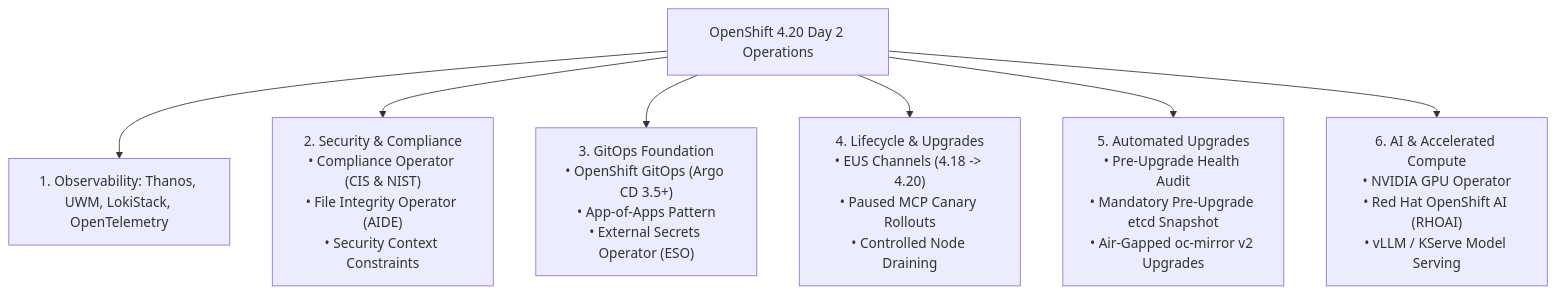
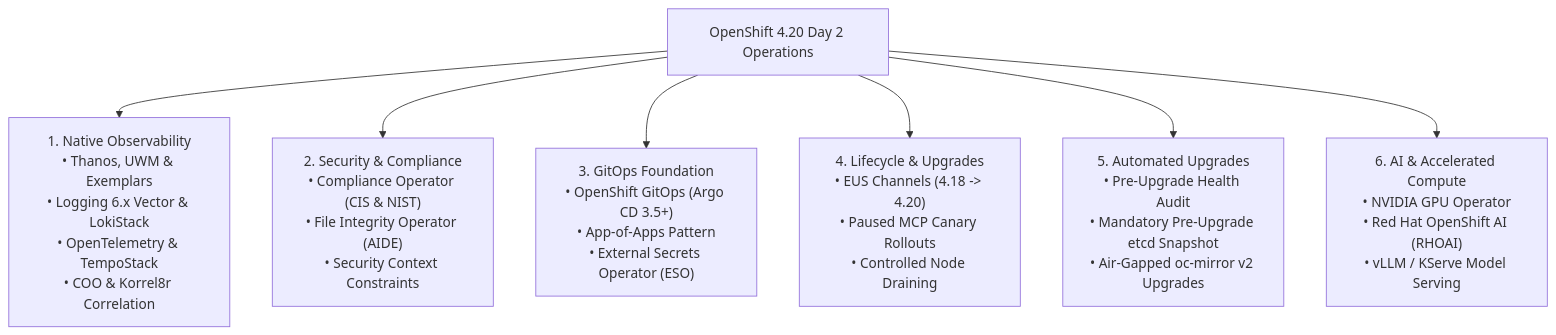
The diagram in docs/07-day2-operations/README.md (nubenetes/openshift-4-20-installation-day0-day2), drawn with Mermaid before and after one commit. The commit also changed other lines of this file and 12 other files, not shown here.

Commit message:
docs(observability): integrate native observability stack with UWM, LokiStack 3.x, Vector, Tempo, COO correlation, production manifests, and verification tooling

````diff
--- a/docs/07-day2-operations/README.md
+++ b/docs/07-day2-operations/README.md
@@ -9,9 +9,9 @@
 ```mermaid
 flowchart TD
-    D2[OpenShift 4.20 Day 2 Operations] --> Obs[1. Observability: Thanos, UWM, LokiStack, OpenTelemetry]
+    D2[OpenShift 4.20 Day 2 Operations] --> Obs["1. Native Observability<br/>• Thanos, UWM & Exemplars<br/>• Logging 6.x Vector & LokiStack<br/>• OpenTelemetry & TempoStack<br/>• COO & Korrel8r Correlation"]
     D2 --> Sec["2. Security & Compliance<br/>• Compliance Operator (CIS & NIST)<br/>• File Integrity Operator (AIDE)<br/>• Security Context Constraints"]
     D2 --> GitOps["3. GitOps Foundation<br/>• OpenShift GitOps (Argo CD 3.5+)<br/>• App-of-Apps Pattern<br/>• External Secrets Operator (ESO)"]
     D2 --> Upgrades["4. Lifecycle & Upgrades<br/>• EUS Channels (4.18 -> 4.20)<br/>• Paused MCP Canary Rollouts<br/>• Controlled Node Draining"]
     D2 --> AutoUpgrades["5. Automated Upgrades<br/>• Pre-Upgrade Health Audit<br/>• Mandatory Pre-Upgrade etcd Snapshot<br/>• Air-Gapped oc-mirror v2 Upgrades"]
     D2 --> AI["6. AI & Accelerated Compute<br/>• NVIDIA GPU Operator<br/>• Red Hat OpenShift AI (RHOAI)<br/>• vLLM / KServe Model Serving"]
 ```
````
